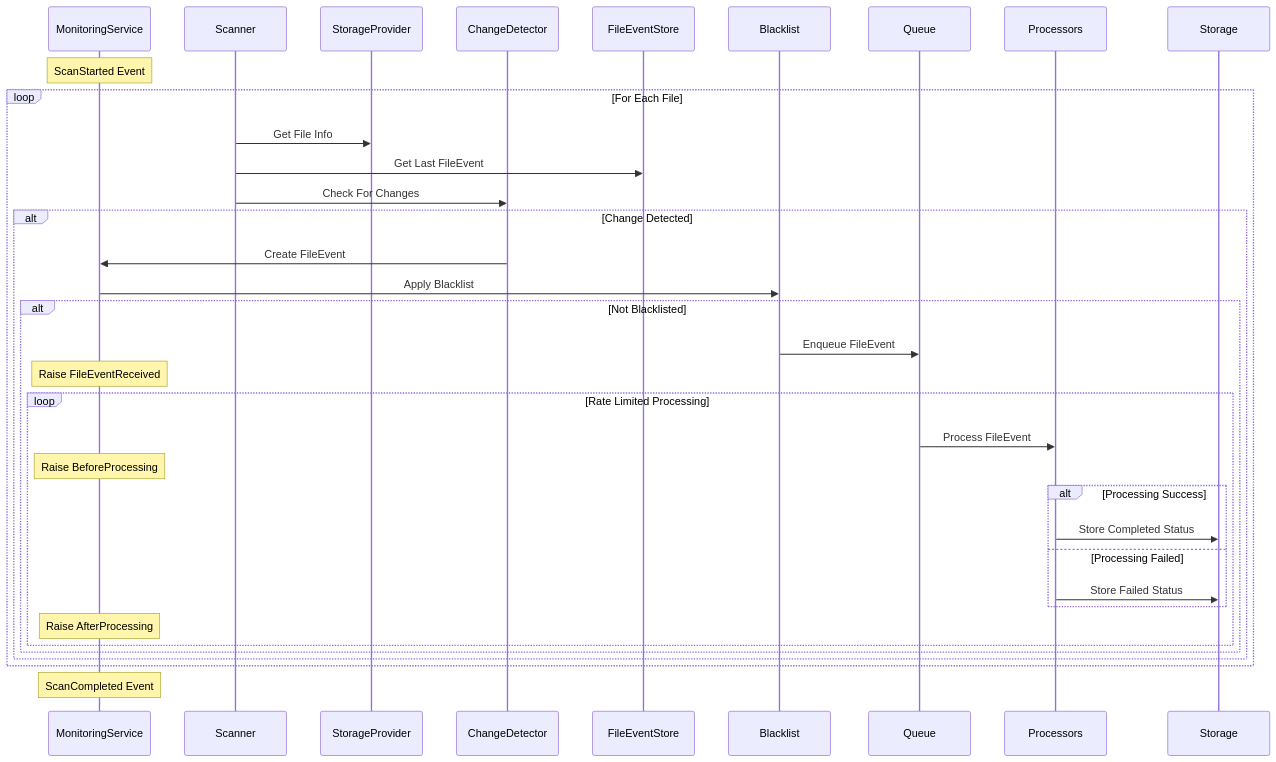
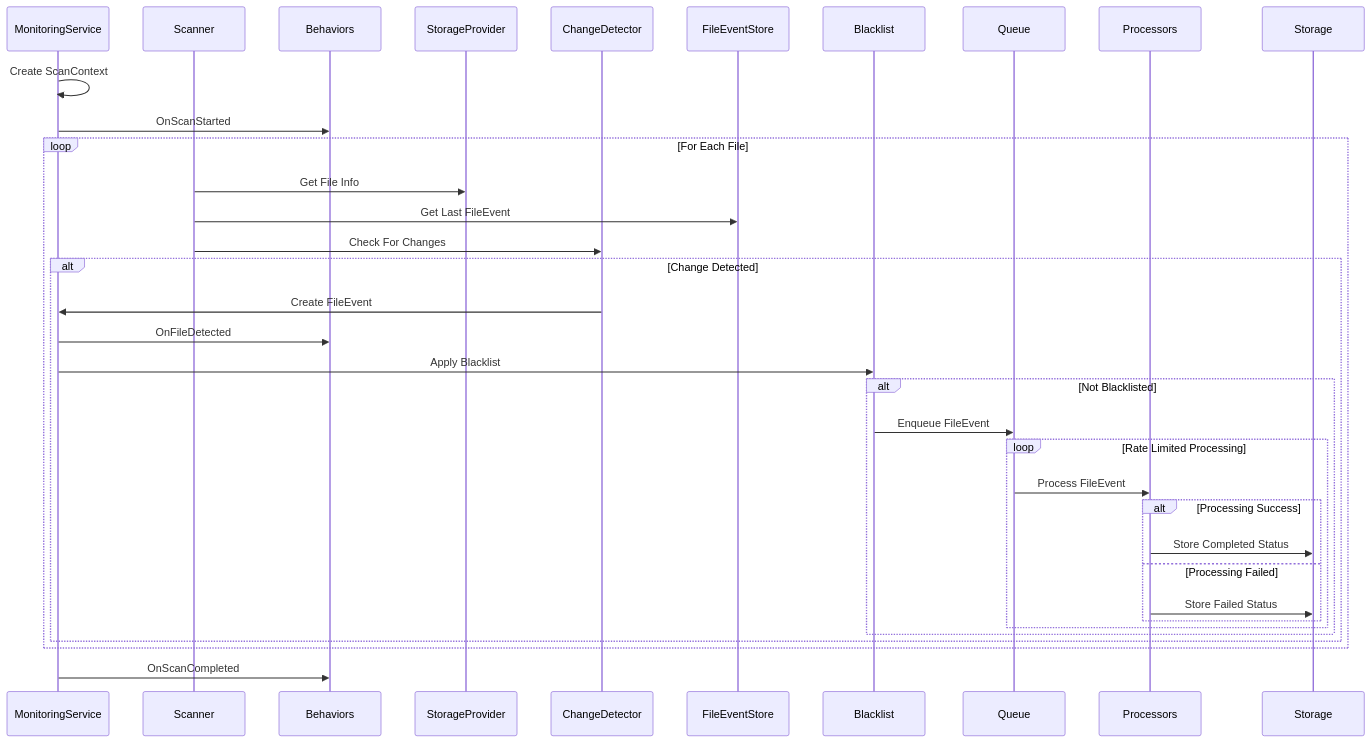
Before and after one commit to BridgingIT-GmbH/bITdevKit: the third of 3 diagrams in src/Application.Storage/Monitoring/ARCHITECTURE.md, drawn with Mermaid. The commit also changed other lines of this file and 3 other files, not shown here.

````diff
--- a/src/Application.Storage/Monitoring/ARCHITECTURE.md
+++ b/src/Application.Storage/Monitoring/ARCHITECTURE.md
@@ -175,45 +206,44 @@
 ```mermaid
 sequenceDiagram
     participant MS as MonitoringService
     participant SC as Scanner
+    participant BH as Behaviors
     participant SP as StorageProvider
     participant CD as ChangeDetector
     participant ST as FileEventStore
     participant BL as Blacklist
     participant Q as Queue
     participant P as Processors
     participant S as Storage
 
-    Note over MS: ScanStarted Event
-    
+    MS->>MS: Create ScanContext
+    MS->>BH: OnScanStarted
+
     loop For Each File
         SC->>SP: Get File Info
         SC->>ST: Get Last FileEvent
         SC->>CD: Check For Changes
-        
+
         alt Change Detected
             CD->>MS: Create FileEvent
+            MS->>BH: OnFileDetected
             MS->>BL: Apply Blacklist
-            
+
             alt Not Blacklisted
                 BL->>Q: Enqueue FileEvent
-                Note over MS: Raise FileEventReceived
-                
+
                 loop Rate Limited Processing
                     Q->>P: Process FileEvent
-                    Note over MS: Raise BeforeProcessing
-                    
+
                     alt Processing Success
                         P->>S: Store Completed Status
                     else Processing Failed
                         P->>S: Store Failed Status
                     end
-                    
-                    Note over MS: Raise AfterProcessing
                 end
             end
         end
     end
-    
-    Note over MS: ScanCompleted Event
+
+    MS->>BH: OnScanCompleted
 ```
````
